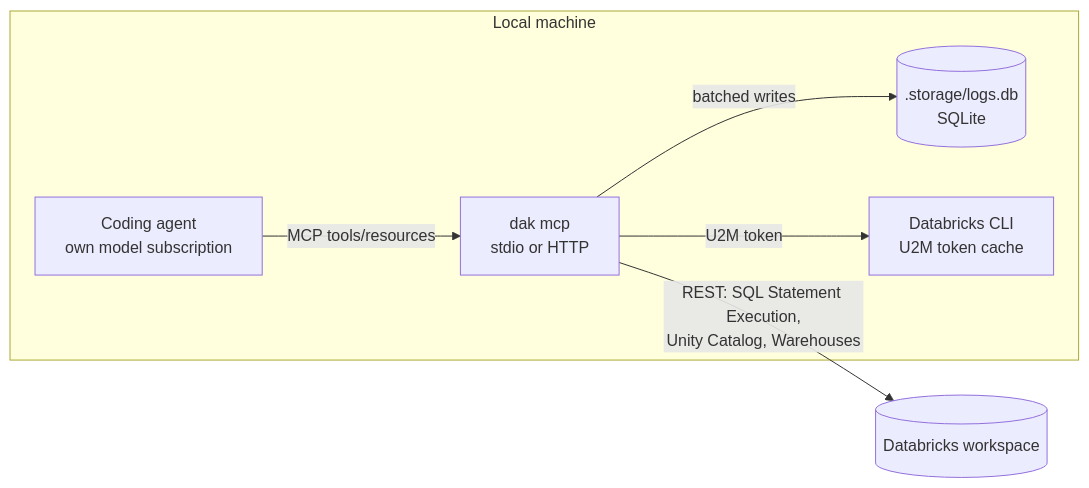
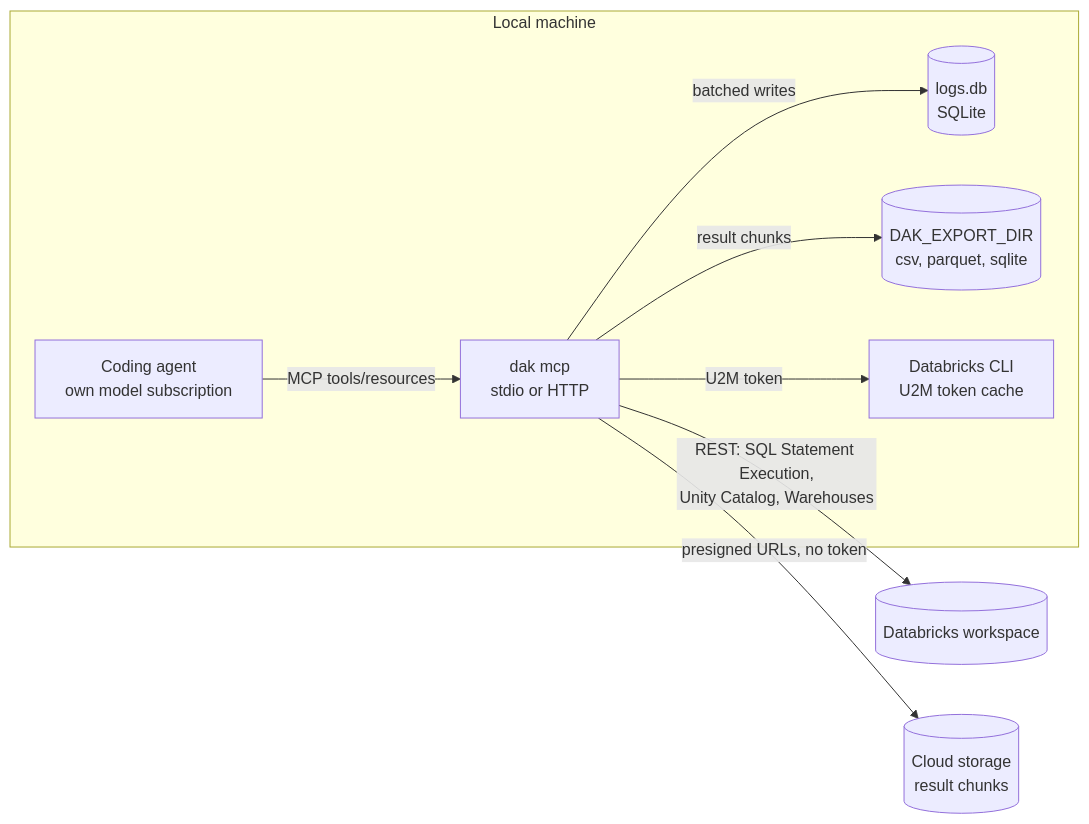
Before and after one commit to alexmarco/databricks-agent-kit: the diagram in docs/design.md, drawn with Mermaid. The commit also changed other lines of this file and 2 other files, not shown here.

First line of the commit message:
docs: update README and design for exports and the five-tool surface

````diff
--- a/docs/design.md
+++ b/docs/design.md
@@ -24,13 +25,16 @@
 ```mermaid
 flowchart LR
     subgraph Local machine
         Agent[Coding agent<br/>own model subscription]
         MCP[dak mcp<br/>stdio or HTTP]
-        Log[(.storage/logs.db<br/>SQLite)]
+        Log[(logs.db<br/>SQLite)]
+        Exports[(DAK_EXPORT_DIR<br/>csv, parquet, sqlite)]
         CLI[Databricks CLI<br/>U2M token cache]
     end
     Agent -- MCP tools/resources --> MCP
     MCP -- batched writes --> Log
+    MCP -- result chunks --> Exports
     MCP -- U2M token --> CLI
     MCP -- REST: SQL Statement Execution,<br/>Unity Catalog, Warehouses --> WS[(Databricks workspace)]
+    MCP -- presigned URLs, no token --> Cloud[(Cloud storage<br/>result chunks)]
 ```
````
